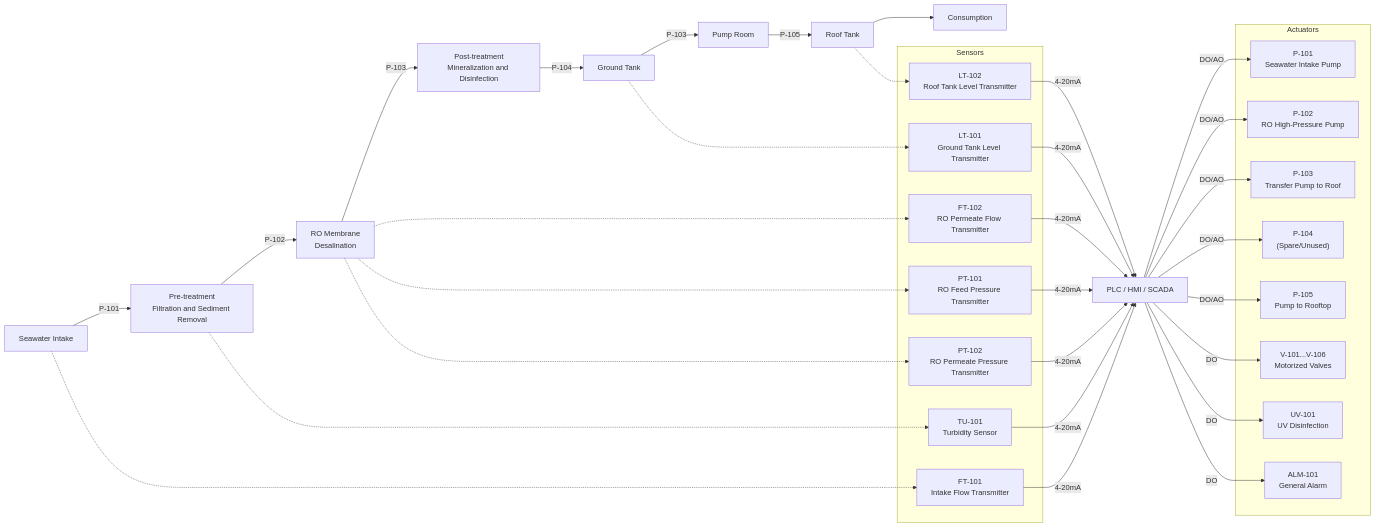
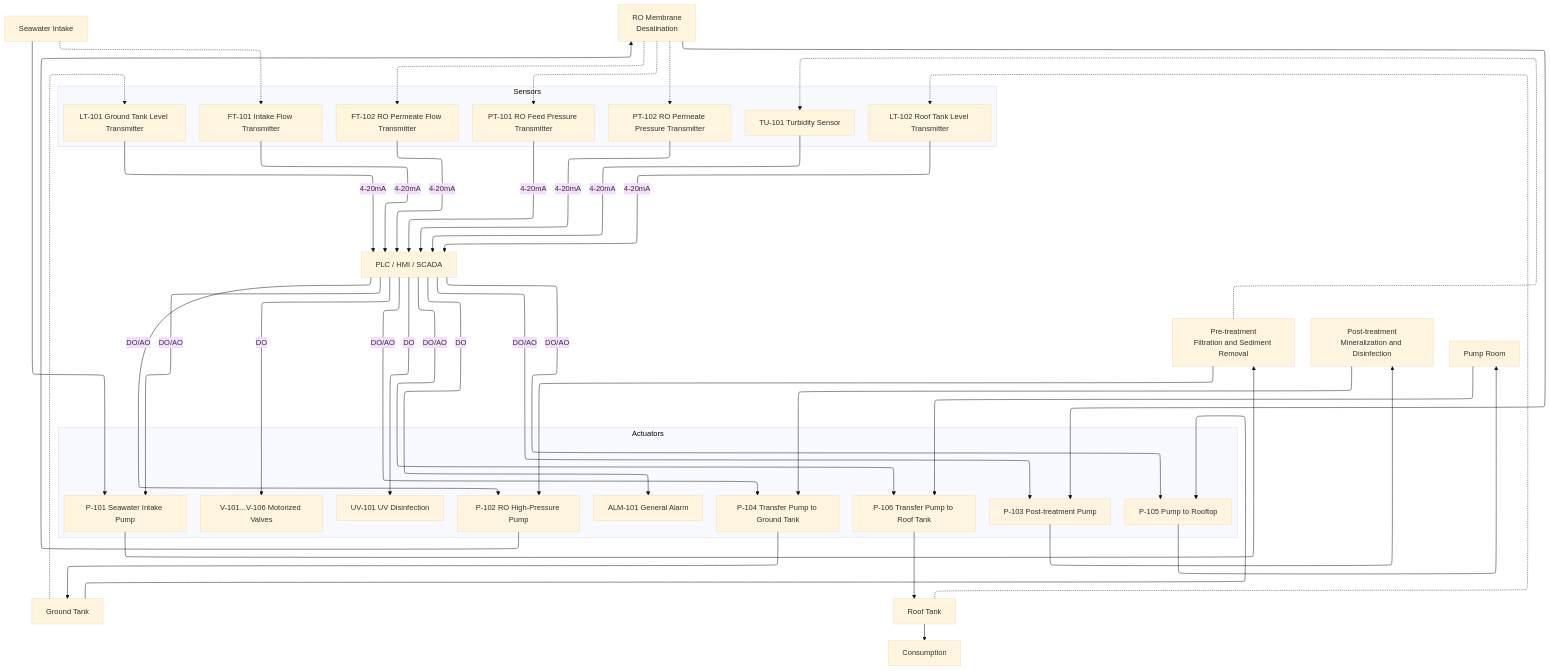
Before and after one commit to snackmasta/PDAB: the first of 3 diagrams in docs/desalination-flowchart.md, drawn with Mermaid. The commit also changed other lines of this file, not shown here.

Commit message:
Control planning: fix the formating but there's still 2 actuator that seems to not output to anything

````diff
--- a/docs/desalination-flowchart.md
+++ b/docs/desalination-flowchart.md
@@ -3,61 +3,77 @@
 ```mermaid
-flowchart LR
-    %% Main process flow
-    A[Seawater Intake] -->|P-101| B[Pre-treatment\nFiltration and Sediment Removal]
-    B -->|P-102| C[RO Membrane\nDesalination]
-    C -->|P-103| D[Post-treatment\nMineralization and Disinfection]
-    D -->|P-104| E[Ground Tank]
-    E -->|P-103| F[Pump Room]
-    F -->|P-105| G[Roof Tank]
-    G --> H[Consumption]
+---
+config:
+  layout: elk
+  theme: base
+---
+flowchart
+    %% Main process flow with actuator blocks
+    A[Seawater Intake]
+    P101[P-101 Seawater Intake Pump]
+    B[Pre-treatment\nFiltration and Sediment Removal]
+    P102[P-102 RO High-Pressure Pump]
+    C[RO Membrane\nDesalination]
+    P103[P-103 Post-treatment Pump]
+    D[Post-treatment\nMineralization and Disinfection]
+    P104[P-104 Transfer Pump to Ground Tank]
+    E[Ground Tank]
+    P105[P-105 Pump to Rooftop]
+    F[Pump Room]
+    P106[P-106 Transfer Pump to Roof Tank]
+    G[Roof Tank]
+    H[Consumption]
+
+    %% Connect process flow through actuator blocks
+    A --> P101 --> B --> P102 --> C --> P103 --> D --> P104 --> E --> P105 --> F --> P106 --> G --> H
 
     %% Sensors (measure process, send signal to PLC)
     subgraph Sensors
-      TU101["TU-101\nTurbidity Sensor"]
-      FT101["FT-101\nIntake Flow Transmitter"]
-      FT102["FT-102\nRO Permeate Flow Transmitter"]
-      PT101["PT-101\nRO Feed Pressure Transmitter"]
-      PT102["PT-102\nRO Permeate Pressure Transmitter"]
-      LT101["LT-101\nGround Tank Level Transmitter"]
-      LT102["LT-102\nRoof Tank Level Transmitter"]
+      TU101["TU-101 Turbidity Sensor"]
+      FT101["FT-101 Intake Flow Transmitter"]
+      FT102["FT-102 RO Permeate Flow Transmitter"]
+      PT101["PT-101 RO Feed Pressure Transmitter"]
+      PT102["PT-102 RO Permeate Pressure Transmitter"]
+      LT101["LT-101 Ground Tank Level Transmitter"]
+      LT102["LT-102 Roof Tank Level Transmitter"]
+    end
+    B -.-> TU101
+    A -.-> FT101
+    C -.-> FT102
+    C -.-> PT101
+    C -.-> PT102
+    E -.-> LT101
+    G -.-> LT102
+
+    %% PLC/HMI block
+    PLC["PLC / HMI / SCADA"]
+
+    %% Actuators (controlled by PLC)
+    subgraph Actuators
+      P101
+      P102
+      P103
+      P104
+      P105
+      P106
+      V101["V-101...V-106 Motorized Valves"]
+      UV101["UV-101 UV Disinfection"]
+      ALM101["ALM-101 General Alarm"]
     end
     TU101 --4-20mA--> PLC
     FT101 --4-20mA--> PLC
     FT102 --4-20mA--> PLC
     PT101 --4-20mA--> PLC
     PT102 --4-20mA--> PLC
     LT101 --4-20mA--> PLC
     LT102 --4-20mA--> PLC
-
-    %% PLC/HMI block
-    PLC["PLC / HMI / SCADA"]
-
-    %% Actuators (controlled by PLC)
-    subgraph Actuators
-      P101["P-101\nSeawater Intake Pump"]
-      P102["P-102\nRO High-Pressure Pump"]
-      P103["P-103\nTransfer Pump to Roof"]
-      P104["P-104\n(Spare/Unused)"]
-      P105["P-105\nPump to Rooftop"]
-      V101["V-101...V-106\nMotorized Valves"]
-      UV101["UV-101\nUV Disinfection"]
-      ALM101["ALM-101\nGeneral Alarm"]
-    end
     PLC --DO/AO--> P101
     PLC --DO/AO--> P102
     PLC --DO/AO--> P103
     PLC --DO/AO--> P104
     PLC --DO/AO--> P105
+    PLC --DO/AO--> P106
     PLC --DO--> V101
     PLC --DO--> UV101
     PLC --DO--> ALM101
 
-    %% Sensors measure process points (flipped arrows)
-    B -.-> TU101
-    A -.-> FT101
-    C -.-> FT102
-    C -.-> PT101
-    C -.-> PT102
-    E -.-> LT101
-    G -.-> LT102
 ```
````
